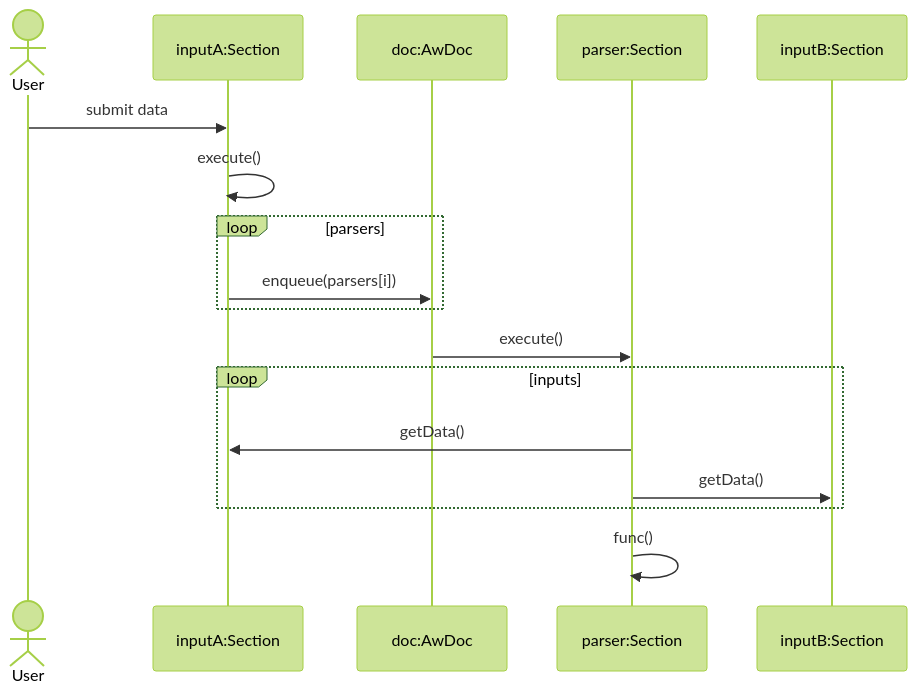
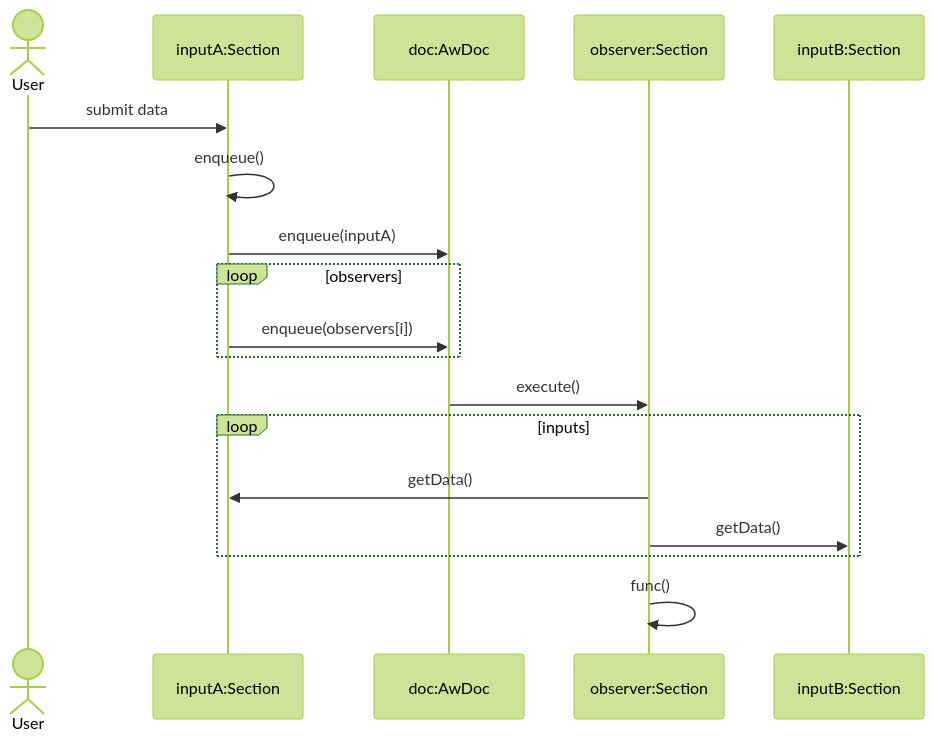
Before and after one commit to andrew-rogers/AndrewWIDE: the second of 2 diagrams in doc/section_execution.md, drawn with Mermaid (forest theme). The commit also changed other lines of this file and 2 other files, not shown here.

Commit message:
Observer execution for user input.

````diff
--- a/doc/section_execution.md
+++ b/doc/section_execution.md
@@ -30,19 +26,20 @@
 ```mermaid
 sequenceDiagram
     actor User
     participant inputA as inputA:Section
     participant doc as doc:AwDoc
-    participant parser as parser:Section
+    participant observer as observer:Section
     participant inputB as inputB:Section
     User->>inputA: submit data
-    inputA->>inputA: execute()
-    loop parsers
-        inputA->>doc: enqueue(parsers[i])
+    inputA->>inputA: enqueue()
+    inputA->>doc: enqueue(inputA)
+    loop observers
+        inputA->>doc: enqueue(observers[i])
     end
-    doc->>parser: execute()
+    doc->>observer: execute()
     loop inputs
-        parser->>inputA: getData()
-        parser->>inputB: getData()
+        observer->>inputA: getData()
+        observer->>inputB: getData()
     end
-    parser->>parser: func()
+    observer->>observer: func()
 ```
````
